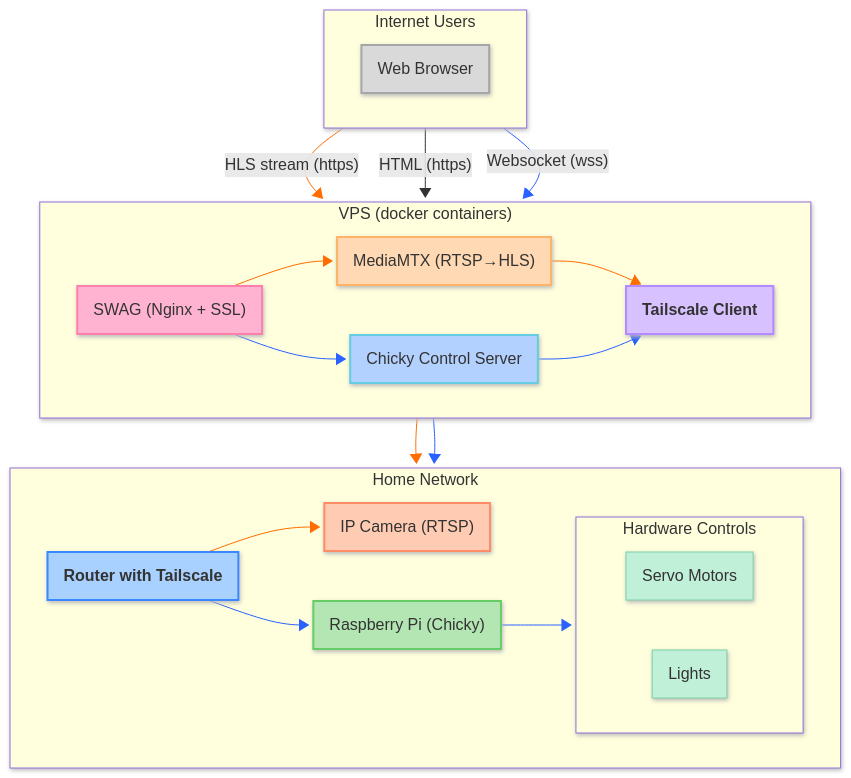
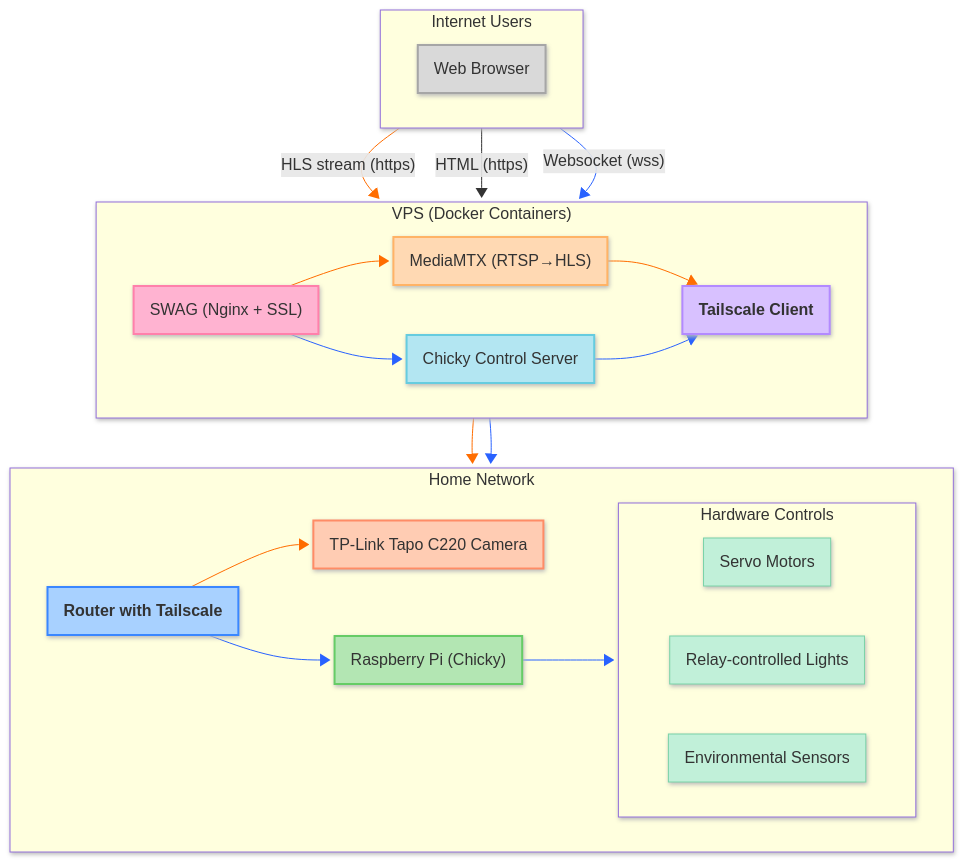
The first of 2 diagrams in README.md (lmacka/chickenfeed), drawn with Mermaid before and after one commit. The commit also changed other lines of this file and 1 other file, not shown here.

````diff
--- a/README.md
+++ b/README.md
@@ -29,74 +50,72 @@
 ```mermaid
 ---
 config:
   layout: dagre
   look: neo
 ---
 flowchart TD
  subgraph Users["Internet Users"]
     direction LR
         Viewers["Web Browser"]
   end
- subgraph VPS["VPS (docker containers)"]
+ subgraph VPS["VPS (Docker Containers)"]
     direction LR
         VPSTailscale["Tailscale Client"]
         MediaMTX["MediaMTX (RTSP→HLS)"]
         SWAG["SWAG (Nginx + SSL)"]
         ChickyControl["Chicky Control Server"]
   end
  subgraph Hardware["Hardware Controls"]
     direction LR
         Servos["Servo Motors"]
-        Lights["Lights"]
+        Lights["Relay-controlled Lights"]
+        Sensors["Environmental Sensors"]
   end
  subgraph HomeNet["Home Network"]
     direction LR
         Router["Router with Tailscale"]
-        Camera["IP Camera (RTSP)"]
+        Camera["TP-Link Tapo C220 Camera"]
         RaspPi["Raspberry Pi (Chicky)"]
         Hardware
   end
     RaspPi --> Hardware
     Users -- HLS stream (https) --> SWAG
     SWAG --> MediaMTX & ChickyControl
     MediaMTX --> VPSTailscale
     VPSTailscale --> Router & Router
     Router --> Camera & RaspPi
     Users -- HTML (https) --> SWAG
     Users -- Websocket (wss) --> SWAG
     ChickyControl --> VPSTailscale
      Viewers:::viewerNode
      VPSTailscale:::tailscaleNode
      MediaMTX:::mediaNode
      SWAG:::swagNode
      ChickyControl:::controlNode
      Servos:::hardwareNode
      Lights:::hardwareNode
+     Sensors:::hardwareNode
      Router:::routerNode
      Camera:::cameraNode
      RaspPi:::raspberryNode
     classDef routerNode fill:#a8d1ff,stroke:#3a87ff,stroke-width:2px,color:#333,font-weight:bold
     classDef cameraNode fill:#ffccb3,stroke:#ff8c66,stroke-width:2px,color:#333
     classDef raspberryNode fill:#b3e6b3,stroke:#66cc66,stroke-width:2px,color:#333
     classDef hardwareNode fill:#c1f0d9,stroke:#7ad3a7,stroke-width:1px,color:#333
     classDef tailscaleNode fill:#d8c1ff,stroke:#b38aff,stroke-width:2px,color:#333,font-weight:bold
     classDef mediaNode fill:#ffd9b3,stroke:#ffb366,stroke-width:2px,color:#333
     classDef swagNode fill:#ffb3d1,stroke:#ff80ab,stroke-width:2px,color:#333
     classDef controlNode fill:#b3e6f2,stroke:#66ccdf,stroke-width:2px,color:#333
     classDef viewerNode fill:#d9d9d9,stroke:#a6a6a6,stroke-width:2px,color:#333
-    style VPSTailscale fill:#d8c1ff
-    style ChickyControl fill:#b3d1ff
-    style Router fill:#a8d1ff
     linkStyle 0 stroke:#2962FF,fill:none
     linkStyle 1 stroke:#FF6D00,fill:none
     linkStyle 2 stroke:#FF6D00,fill:none
     linkStyle 3 stroke:#2962FF,fill:none
     linkStyle 4 stroke:#FF6D00,fill:none
     linkStyle 5 stroke:#FF6D00,fill:none
     linkStyle 6 stroke:#2962FF,fill:none
     linkStyle 7 stroke:#FF6D00,fill:none
     linkStyle 8 stroke:#2962FF,fill:none
     linkStyle 10 stroke:#2962FF,fill:none
     linkStyle 11 stroke:#2962FF,fill:none
-
 ```
````
